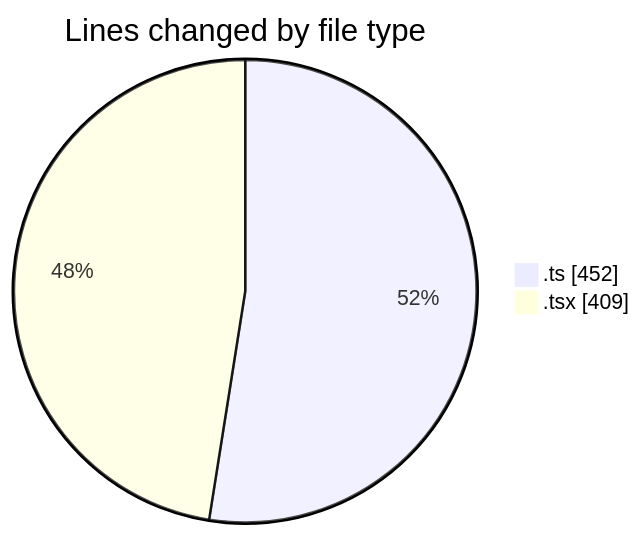
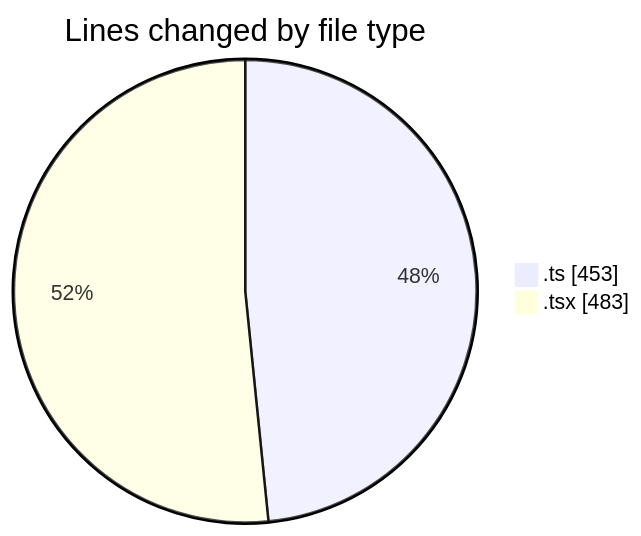
One commit to julien-gomy/code-tracking changed the first of 2 diagrams in 2025-11-03/eventscop-frontend-guide__workspace_/README.md. Above: the diagram before and after it, drawn with Mermaid. The commit also changed other lines of this file and 1 other file, not shown here.

````diff
--- a/2025-11-03/eventscop-frontend-guide__workspace_/README.md
+++ b/2025-11-03/eventscop-frontend-guide__workspace_/README.md
@@ -22,6 +23,6 @@
 ```mermaid
 pie showData
 title Lines changed by file type
-".ts" : 452
-".tsx" : 409
+".ts" : 453
+".tsx" : 483
 ```
````
